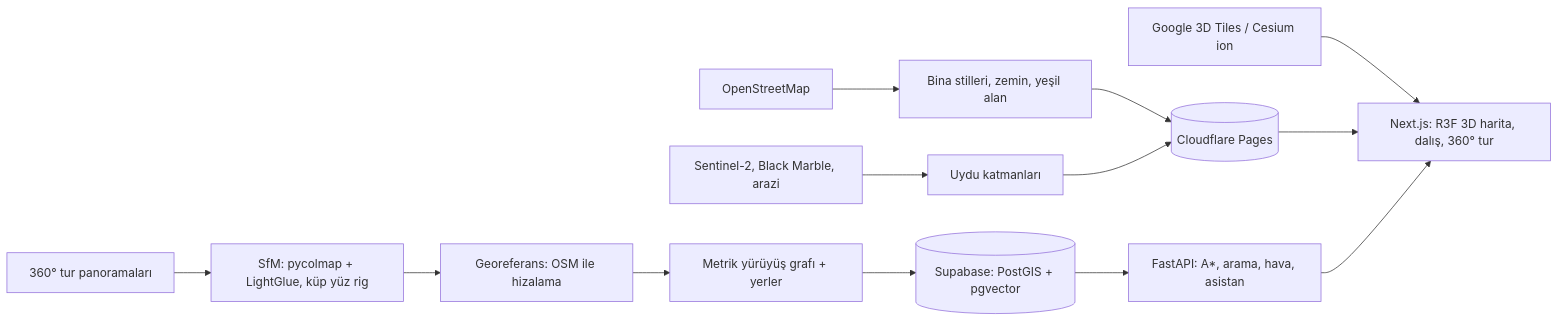
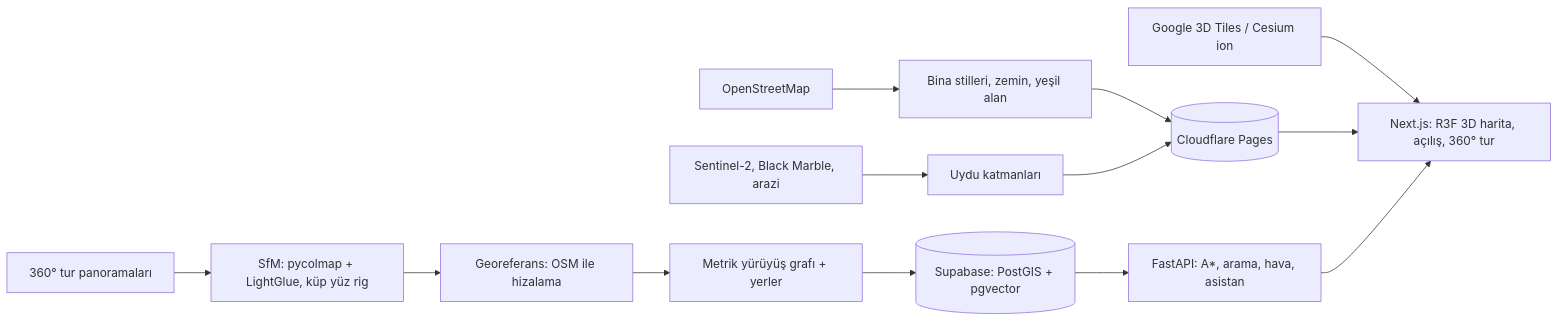
One commit to Yigtwxx/aydin-university-map changed the diagram in README.md. Above: the diagram before and after it, drawn with Mermaid. The commit also changed other lines of this file and 12 other files, not shown here.

````diff
--- a/README.md
+++ b/README.md
@@ -44,15 +45,15 @@
 ```mermaid
 flowchart LR
   T[360° tur panoramaları] --> S[SfM: pycolmap + LightGlue, küp yüz rig]
   S --> G[Georeferans: OSM ile hizalama]
   G --> W[Metrik yürüyüş grafı + yerler]
   OSM[OpenStreetMap] --> B[Bina stilleri, zemin, yeşil alan]
   E[Sentinel-2, Black Marble, arazi] --> EA[Uydu katmanları]
   W --> DB[(Supabase: PostGIS + pgvector)]
   B --> CDN[(Cloudflare Pages)]
   EA --> CDN
   DB --> API[FastAPI: A*, arama, hava, asistan]
   GT[Google 3D Tiles / Cesium ion] --> WEB
-  CDN --> WEB[Next.js: R3F 3D harita, dalış, 360° tur]
+  CDN --> WEB[Next.js: R3F 3D harita, açılış, 360° tur]
   API --> WEB
 ```
````
